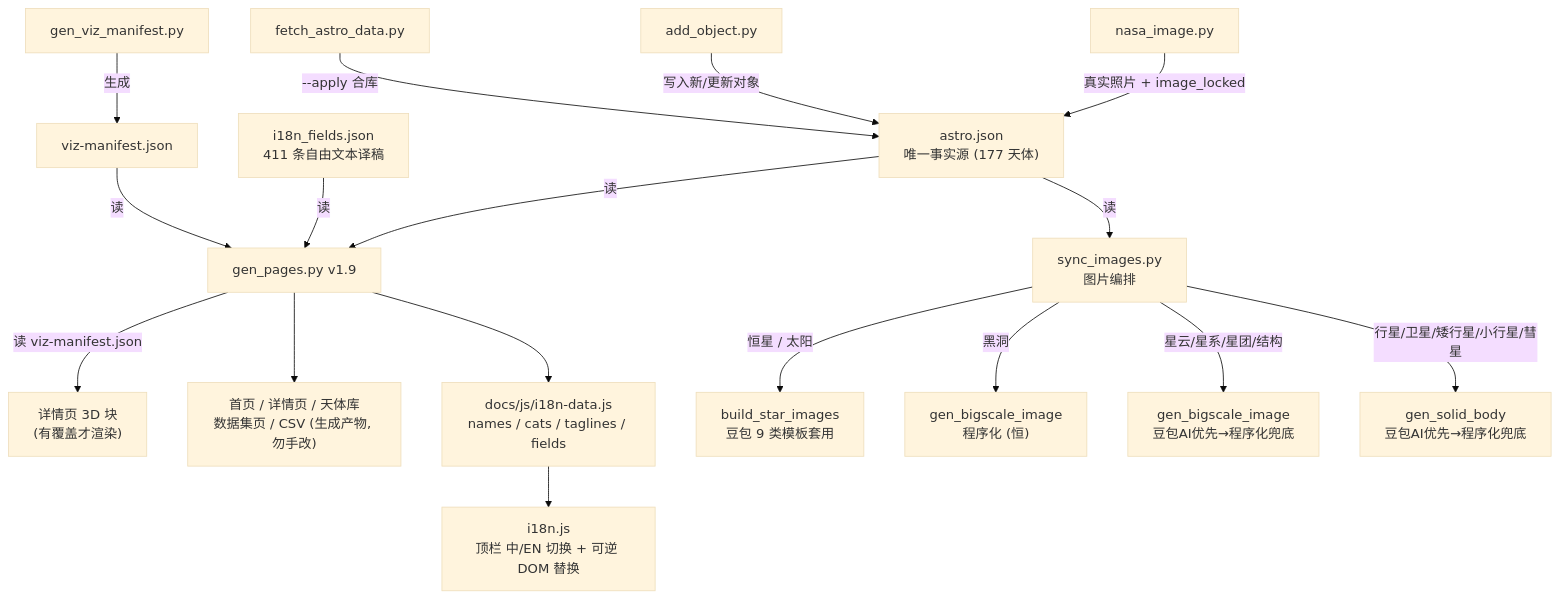
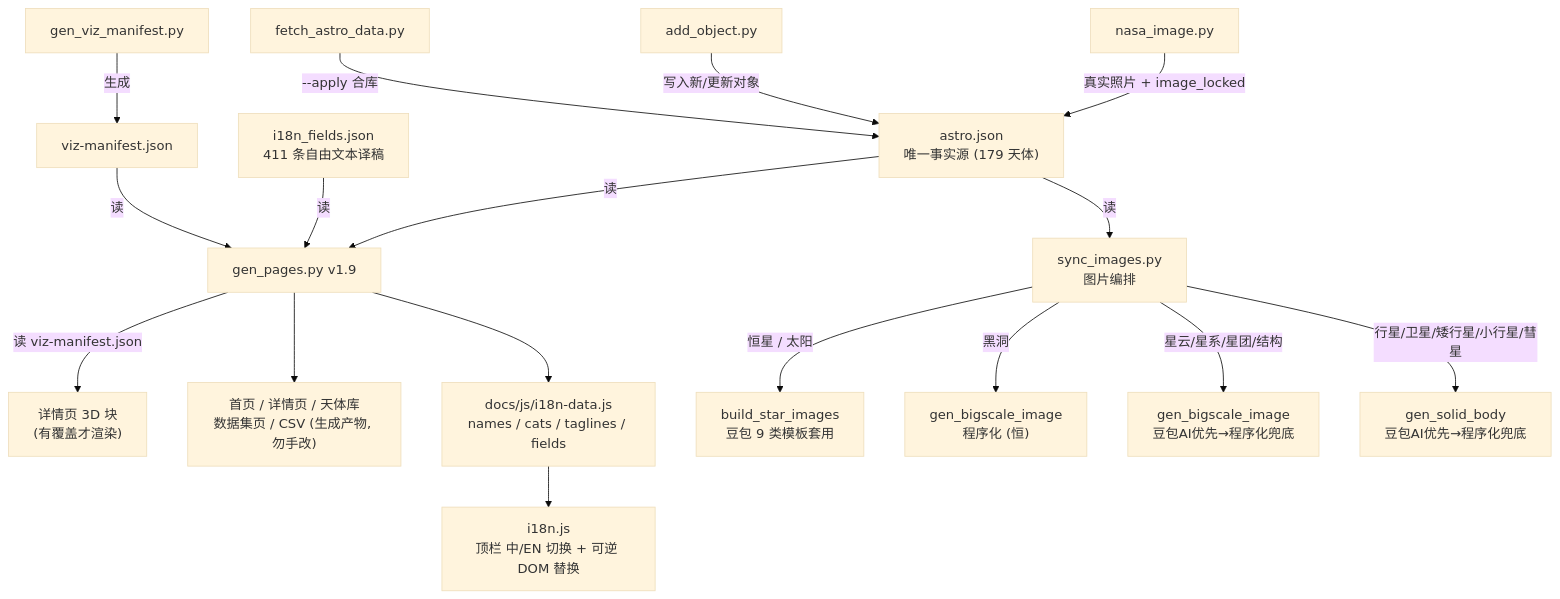
One commit to yufengwolf/astro-blog changed the first of 9 diagrams in 维护指南.md. Above: the diagram before and after it, drawn with Mermaid (base theme). The commit also changed other lines of this file and 196 other files, not shown here.

````diff
--- a/维护指南.md
+++ b/维护指南.md
@@ -11,19 +11,19 @@
 ```mermaid
 flowchart TD
-    A["astro.json<br/>唯一事实源 (177 天体)"] -->|读| B["gen_pages.py v1.9"]
+    A["astro.json<br/>唯一事实源 (179 天体)"] -->|读| B["gen_pages.py v1.9"]
     B -->|读 viz-manifest.json| V["详情页 3D 块<br/>(有覆盖才渲染)"]
     B --> C["首页 / 详情页 / 天体库<br/>数据集页 / CSV (生成产物, 勿手改)"]
     FE["i18n_fields.json<br/>411 条自由文本译稿"] -->|读| B
     B --> ID["docs/js/i18n-data.js<br/>names / cats / taglines / fields"]
     ID --> RT["i18n.js<br/>顶栏 中/EN 切换 + 可逆 DOM 替换"]
     VM["gen_viz_manifest.py"] -->|生成| VMF["viz-manifest.json"]
     VMF -->|读| B
     A -->|读| D["sync_images.py<br/>图片编排"]
     D -->|恒星 / 太阳| E["build_star_images<br/>豆包 9 类模板套用"]
     D -->|黑洞| F0["gen_bigscale_image<br/>程序化 (恒)"]
     D -->|星云/星系/星团/结构| F["gen_bigscale_image<br/>豆包AI优先→程序化兜底"]
     D -->|行星/卫星/矮行星/小行星/彗星| G["gen_solid_body<br/>豆包AI优先→程序化兜底"]
     H["nasa_image.py"] -->|真实照片 + image_locked| A
     I["add_object.py"] -->|写入新/更新对象| A
     J["fetch_astro_data.py"] -->|--apply 合库| A
 ```
````
